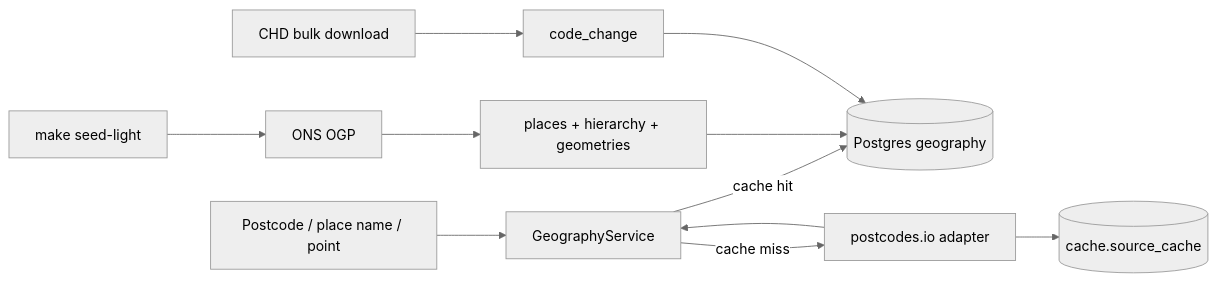
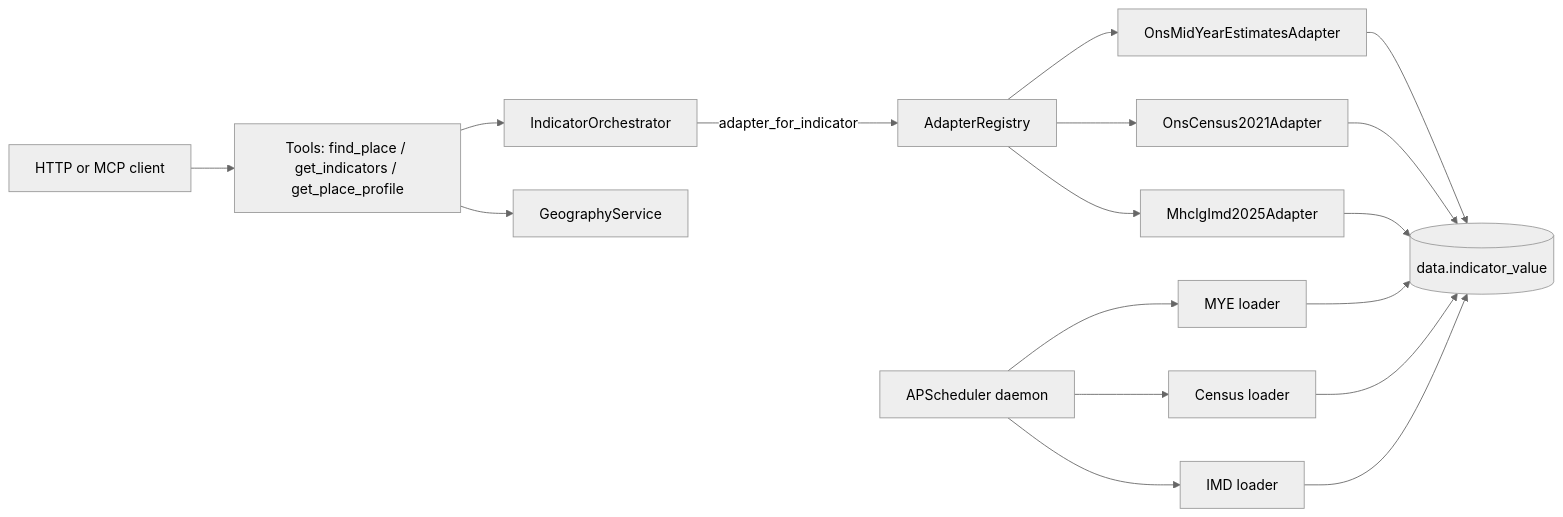
The second of 2 diagrams in STATE.md (dataforaction-tom/soundings), drawn with Mermaid (neutral theme) before and after one commit. The commit also changed other lines of this file and 38 other files, not shown here.

````diff
--- a/STATE.md
+++ b/STATE.md
@@ -39,10 +55,19 @@
 ```mermaid
 flowchart LR
-    user[Postcode / place name / point] --> svc[GeographyService]
-    svc -->|cache hit| pg[(Postgres geography)]
-    svc -->|cache miss| pio[postcodes.io adapter]
-    pio --> sc[(cache.source_cache)]
-    pio --> svc
-    seed[make seed-light] --> ogp[ONS OGP] --> places[places + hierarchy + geometries] --> pg
-    chd[CHD bulk download] --> code_change --> pg
+    user[HTTP or MCP client] --> tools[Tools: find_place / get_indicators / get_place_profile]
+    tools --> orchestrator[IndicatorOrchestrator]
+    tools --> geo[GeographyService]
+    orchestrator -->|adapter_for_indicator| registry[AdapterRegistry]
+    registry --> mye[OnsMidYearEstimatesAdapter]
+    registry --> census[OnsCensus2021Adapter]
+    registry --> imd[MhclgImd2025Adapter]
+    mye --> data[(data.indicator_value)]
+    census --> data
+    imd --> data
+    loader[APScheduler daemon] --> mye_l[MYE loader]
+    loader --> census_l[Census loader]
+    loader --> imd_l[IMD loader]
+    mye_l --> data
+    census_l --> data
+    imd_l --> data
 ```
````
